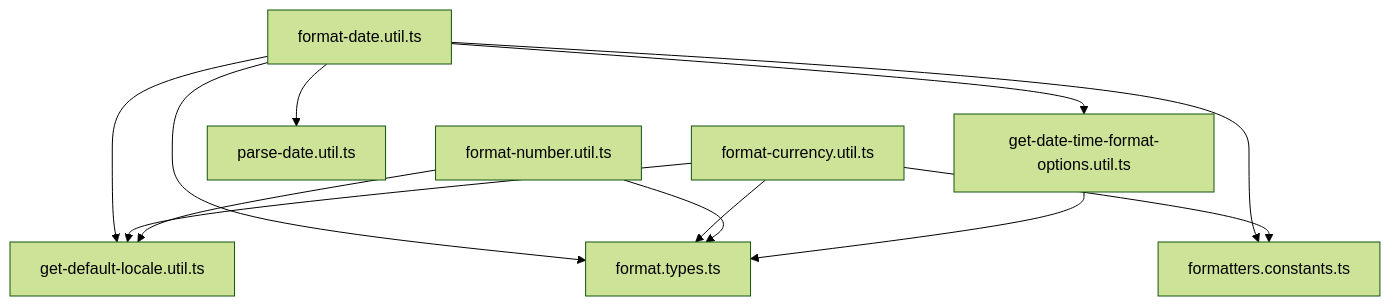
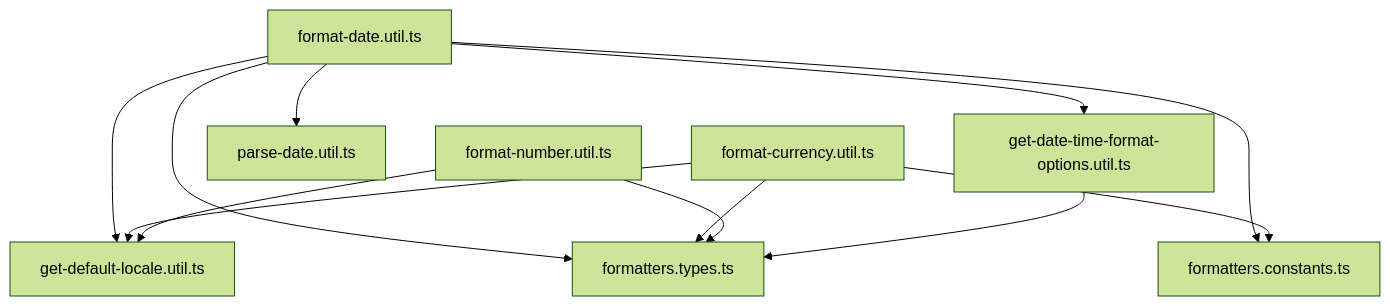
Before and after one commit to luciocabrera/lcabrera-stack: the first of 8 diagrams in packages/utils/src/formatters/ARCHITECTURE.md, drawn with Mermaid (forest theme). The commit also changed other lines of this file and 47 other files, not shown here.

````diff
--- a/packages/utils/src/formatters/ARCHITECTURE.md
+++ b/packages/utils/src/formatters/ARCHITECTURE.md
@@ -24,21 +24,21 @@
 ```mermaid
 graph TD
   Date[format-date.util.ts]
   Currency[format-currency.util.ts]
   Number[format-number.util.ts]
 
   Date --> ParseDate[parse-date.util.ts]
   Date --> Locale[get-default-locale.util.ts]
   Date --> DateOpts[get-date-time-format-options.util.ts]
   Date --> Constants[formatters.constants.ts]
 
   Currency --> Locale
   Currency --> Constants
 
   Number --> Locale
 
-  Date --> Types[format.types.ts]
+  Date --> Types[formatters.types.ts]
   Currency --> Types
   Number --> Types
   DateOpts --> Types
 ```
````
